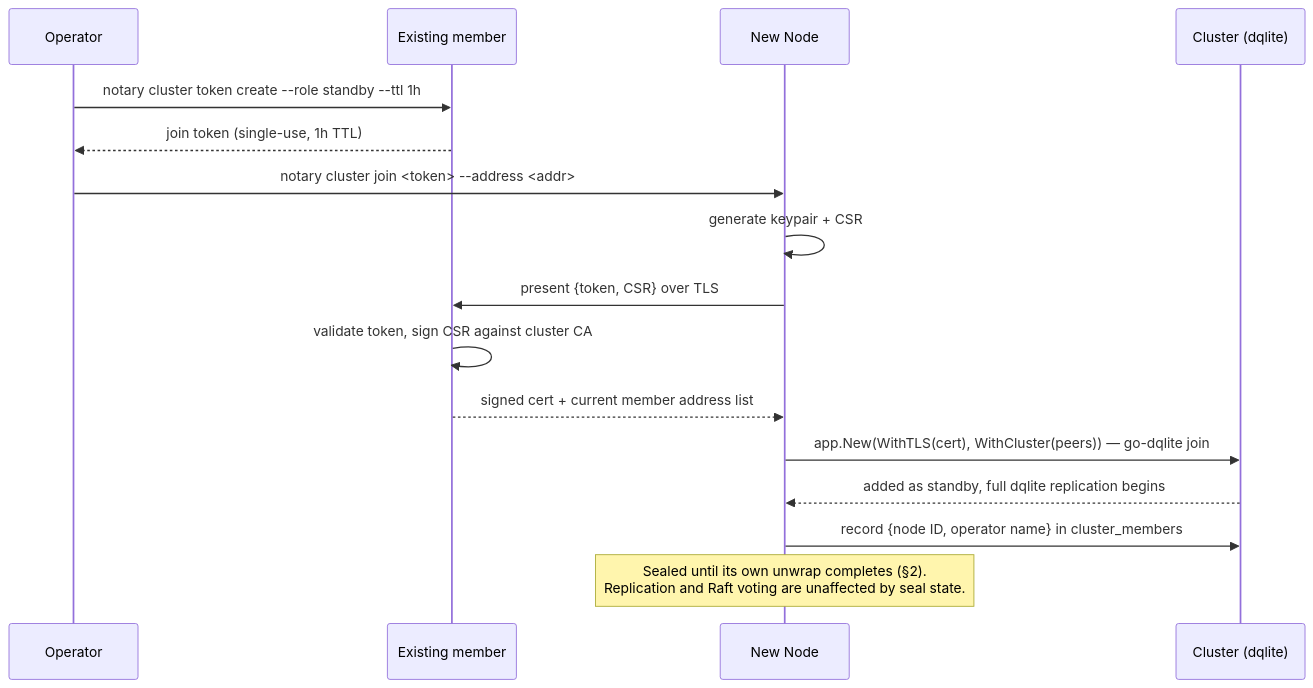
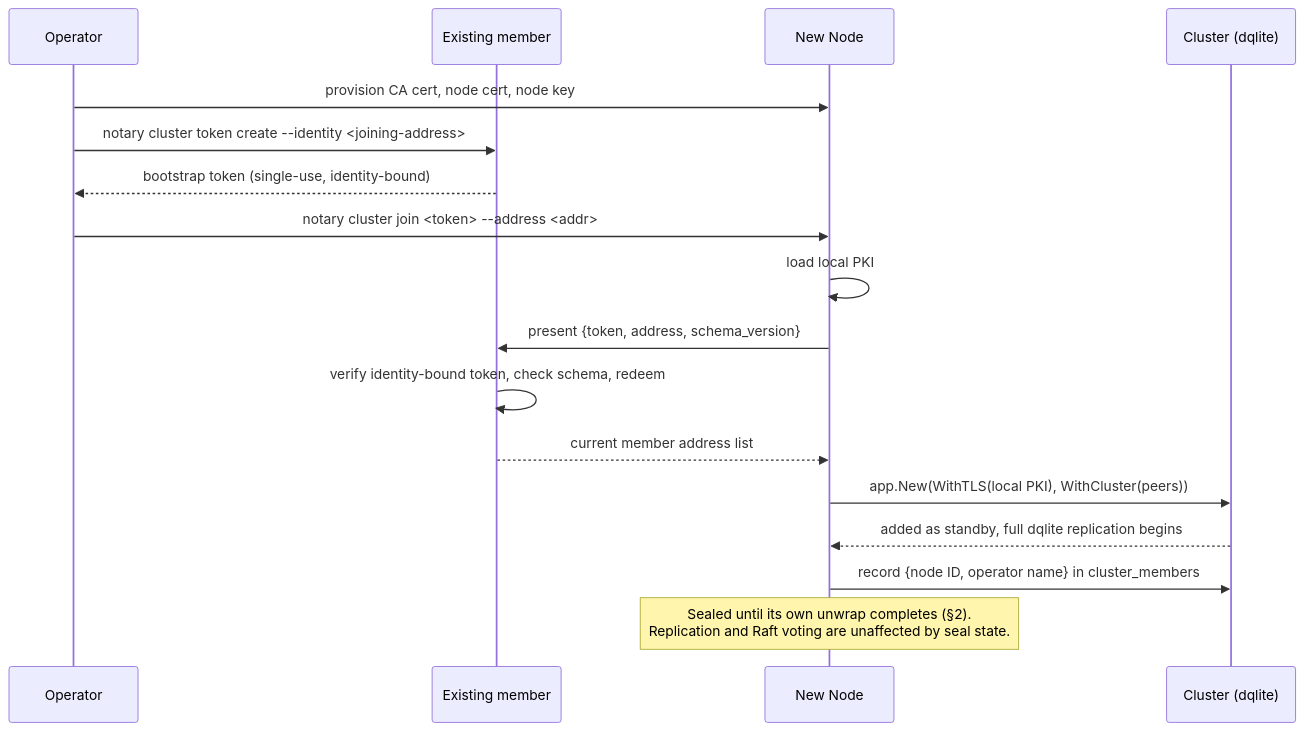
One commit to canonical/notary changed the first of 4 diagrams in specs/001-dqlite-ha-clustering/spec.md. Above: the diagram before and after it, drawn with Mermaid. The commit also changed other lines of this file and 3 other files, not shown here.

First line of the commit message:
docs(cluster): reduce the first HA release to provisioned PKI

````diff
--- a/specs/001-dqlite-ha-clustering/spec.md
+++ b/specs/001-dqlite-ha-clustering/spec.md
@@ -93,19 +121,20 @@
 ```mermaid
 sequenceDiagram
     participant Op as Operator
     participant V as Existing member
     participant N as New Node
     participant C as Cluster (dqlite)
 
-    Op->>V: notary cluster token create --role standby --ttl 1h
-    V-->>Op: join token (single-use, 1h TTL)
+    Op->>N: provision CA cert, node cert, node key
+    Op->>V: notary cluster token create --identity <joining-address>
+    V-->>Op: bootstrap token (single-use, identity-bound)
     Op->>N: notary cluster join <token> --address <addr>
-    N->>N: generate keypair + CSR
-    N->>V: present {token, CSR} over TLS
-    V->>V: validate token, sign CSR against cluster CA
-    V-->>N: signed cert + current member address list
-    N->>C: app.New(WithTLS(cert), WithCluster(peers)) — go-dqlite join
+    N->>N: load local PKI
+    N->>V: present {token, address, schema_version}
+    V->>V: verify identity-bound token, check schema, redeem
+    V-->>N: current member address list
+    N->>C: app.New(WithTLS(local PKI), WithCluster(peers))
     C-->>N: added as standby, full dqlite replication begins
     N->>C: record {node ID, operator name} in cluster_members
     Note over N: Sealed until its own unwrap completes (§2).<br/>Replication and Raft voting are unaffected by seal state.
 ```
````
